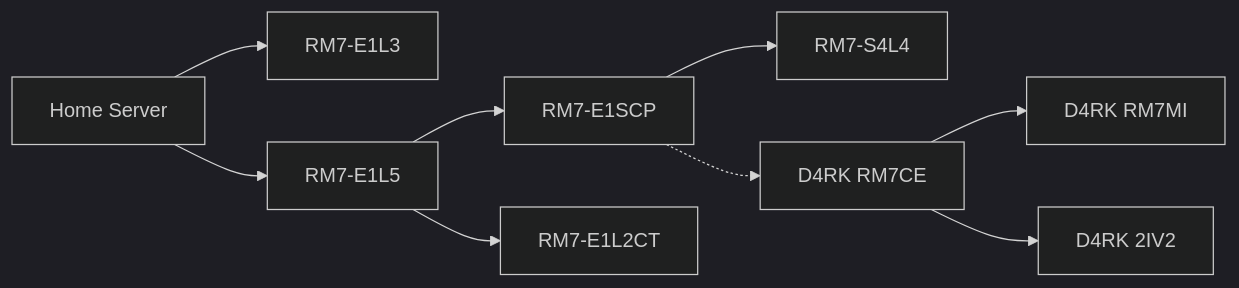
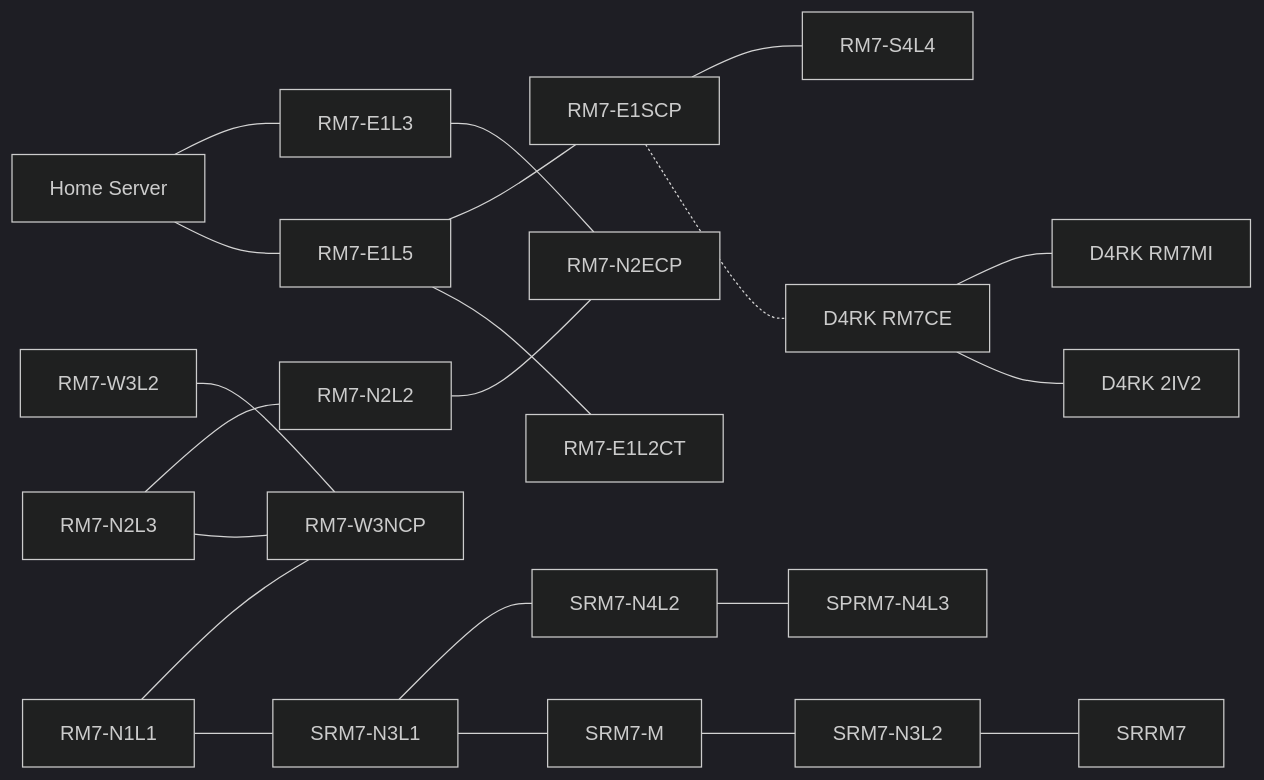
Before and after one commit to Vektyr/cor3: the diagram in Network map/README.md, drawn with Mermaid (dark theme). The commit also changed other lines of this file and 1 other file, not shown here.

Commit message:
New servers from update 3.33.0

````diff
--- a/Network map/README.md
+++ b/Network map/README.md
@@ -2,21 +2,45 @@
 ```mermaid
 flowchart LR
 019c0a5b-eeeb-7d3e-b9c9-fd5c2ba7d399["Home Server"]
 019d1b0a-13a9-77dd-b41f-33f06f2df284["RM7-E1L3"]
 019d1b0a-13a9-77dd-b41f-374ee144bd07["RM7-E1L5"]
+019d1b0a-13a9-77dd-b41f-3ffb5f671742["RM7-S4L4"]
+019da6f1-16f7-75a6-b6d3-0b1d5f92a101["RM7-N2L2"]
+019da6f1-16f7-75a6-b6d3-0b1d5f92a102["RM7-N2L3"]
+019da6f1-16f7-75a6-b6d3-0b1d5f92a103["RM7-W3L2"]
+019da6f1-16f7-75a6-b6d3-0b1d5f92a104["RM7-N1L1"]
 019d1b0a-13a9-77dd-b41f-3a21d490cb2d["RM7-E1SCP"]
-019d1b0a-13a9-77dd-b41f-3ffb5f671742["RM7-S4L4"]
+019da6f1-16f7-75a6-b6d3-0b1d5f92a105["RM7-N2ECP"]
+019da6f1-16f7-75a6-b6d3-0b1d5f92a106["RM7-W3NCP"]
+019d53aa-5101-7f08-b3dd-378b0ddcf7d0["RM7-E1L2CT"]
 019d29c5-4b37-7436-aef9-89af09560af3["D4RK RM7CE"]
 019d29c5-4b37-79bf-b23e-304d8ea03c15["D4RK RM7MI"]
 019d29c5-4b37-7de9-b46c-022179bcb5eb["D4RK 2IV2"]
-019d53aa-5101-7f08-b3dd-378b0ddcf7d0["RM7-E1L2CT"]
+019da6f1-16f7-75a6-b6d3-0b1d5f92a107["SRM7-N3L1"]
+019da6f1-16f7-75a6-b6d3-0b1d5f92a108["SRM7-M"]
+019da6f1-16f7-75a6-b6d3-0b1d5f92a109["SRM7-N3L2"]
+019da6f1-16f7-75a6-b6d3-0b1d5f92a10a["SRM7-N4L2"]
+019da6f1-16f7-75a6-b6d3-0b1d5f92a10b["SPRM7-N4L3"]
+019da6f1-16f7-75a6-b6d3-0b1d5f92a10c["SRRM7"]
 
-019c0a5b-eeeb-7d3e-b9c9-fd5c2ba7d399 --> 019d1b0a-13a9-77dd-b41f-33f06f2df284
-019c0a5b-eeeb-7d3e-b9c9-fd5c2ba7d399 --> 019d1b0a-13a9-77dd-b41f-374ee144bd07
-019d1b0a-13a9-77dd-b41f-374ee144bd07 --> 019d1b0a-13a9-77dd-b41f-3a21d490cb2d
-019d1b0a-13a9-77dd-b41f-3a21d490cb2d --> 019d1b0a-13a9-77dd-b41f-3ffb5f671742
-019d1b0a-13a9-77dd-b41f-3a21d490cb2d -.-> 019d29c5-4b37-7436-aef9-89af09560af3
-019d29c5-4b37-7436-aef9-89af09560af3 --> 019d29c5-4b37-79bf-b23e-304d8ea03c15
-019d29c5-4b37-7436-aef9-89af09560af3 --> 019d29c5-4b37-7de9-b46c-022179bcb5eb
-019d1b0a-13a9-77dd-b41f-374ee144bd07 --> 019d53aa-5101-7f08-b3dd-378b0ddcf7d0
+019c0a5b-eeeb-7d3e-b9c9-fd5c2ba7d399 --- 019d1b0a-13a9-77dd-b41f-33f06f2df284
+019c0a5b-eeeb-7d3e-b9c9-fd5c2ba7d399 --- 019d1b0a-13a9-77dd-b41f-374ee144bd07
+019d1b0a-13a9-77dd-b41f-374ee144bd07 --- 019d1b0a-13a9-77dd-b41f-3a21d490cb2d
+019d1b0a-13a9-77dd-b41f-3a21d490cb2d --- 019d1b0a-13a9-77dd-b41f-3ffb5f671742
+019d1b0a-13a9-77dd-b41f-33f06f2df284 --- 019da6f1-16f7-75a6-b6d3-0b1d5f92a105
+019da6f1-16f7-75a6-b6d3-0b1d5f92a101 --- 019da6f1-16f7-75a6-b6d3-0b1d5f92a105
+019da6f1-16f7-75a6-b6d3-0b1d5f92a102 --- 019da6f1-16f7-75a6-b6d3-0b1d5f92a101
+019da6f1-16f7-75a6-b6d3-0b1d5f92a103 --- 019da6f1-16f7-75a6-b6d3-0b1d5f92a106
+019da6f1-16f7-75a6-b6d3-0b1d5f92a104 --- 019da6f1-16f7-75a6-b6d3-0b1d5f92a106
+019da6f1-16f7-75a6-b6d3-0b1d5f92a104 --- 019da6f1-16f7-75a6-b6d3-0b1d5f92a107
+019da6f1-16f7-75a6-b6d3-0b1d5f92a102 --- 019da6f1-16f7-75a6-b6d3-0b1d5f92a106
+019d1b0a-13a9-77dd-b41f-3a21d490cb2d -.- 019d29c5-4b37-7436-aef9-89af09560af3
+019d29c5-4b37-7436-aef9-89af09560af3 --- 019d29c5-4b37-79bf-b23e-304d8ea03c15
+019d29c5-4b37-7436-aef9-89af09560af3 --- 019d29c5-4b37-7de9-b46c-022179bcb5eb
+019d1b0a-13a9-77dd-b41f-374ee144bd07 --- 019d53aa-5101-7f08-b3dd-378b0ddcf7d0
+019da6f1-16f7-75a6-b6d3-0b1d5f92a107 --- 019da6f1-16f7-75a6-b6d3-0b1d5f92a10a
+019da6f1-16f7-75a6-b6d3-0b1d5f92a107 --- 019da6f1-16f7-75a6-b6d3-0b1d5f92a108
+019da6f1-16f7-75a6-b6d3-0b1d5f92a108 --- 019da6f1-16f7-75a6-b6d3-0b1d5f92a109
+019da6f1-16f7-75a6-b6d3-0b1d5f92a109 --- 019da6f1-16f7-75a6-b6d3-0b1d5f92a10c
+019da6f1-16f7-75a6-b6d3-0b1d5f92a10a --- 019da6f1-16f7-75a6-b6d3-0b1d5f92a10b
 ```
````
